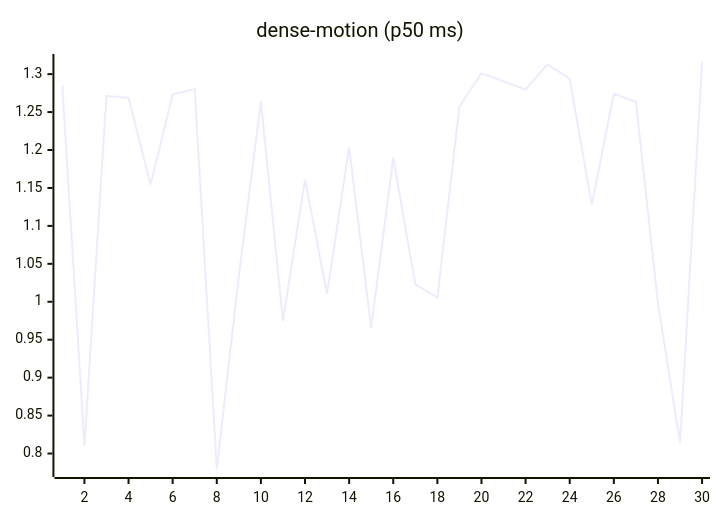
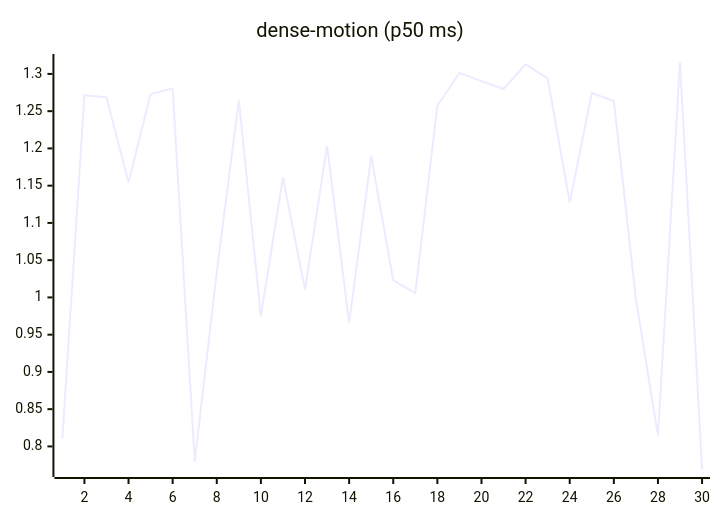
The ninth of 27 diagrams in README.md (josha/Facet), drawn with Mermaid before and after one commit. The commit also changed other lines of this file and 2 other files, not shown here.

````diff
--- a/README.md
+++ b/README.md
@@ -119,6 +119,6 @@
 ```mermaid
 xychart-beta
     title "dense-motion (p50 ms)"
     x-axis 1 --> 30
-    line [1.2846, 0.8102, 1.2712, 1.2688, 1.1544, 1.2730, 1.2805, 0.7796, 1.0341, 1.2646, 0.9749, 1.1610, 1.0105, 1.2037, 0.9653, 1.1895, 1.0233, 1.0054, 1.2572, 1.3012, 1.2904, 1.2798, 1.3128, 1.2940, 1.1276, 1.2742, 1.2636, 0.9981, 0.8144, 1.3160]
+    line [0.8102, 1.2712, 1.2688, 1.1544, 1.2730, 1.2805, 0.7796, 1.0341, 1.2646, 0.9749, 1.1610, 1.0105, 1.2037, 0.9653, 1.1895, 1.0233, 1.0054, 1.2572, 1.3012, 1.2904, 1.2798, 1.3128, 1.2940, 1.1276, 1.2742, 1.2636, 0.9981, 0.8144, 1.3160, 0.7697]
 ```
````
